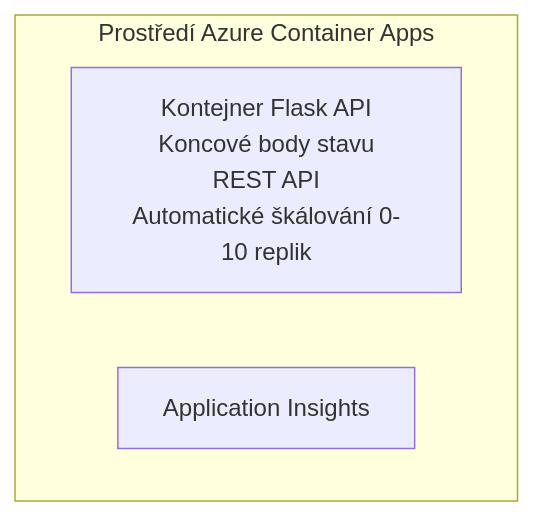
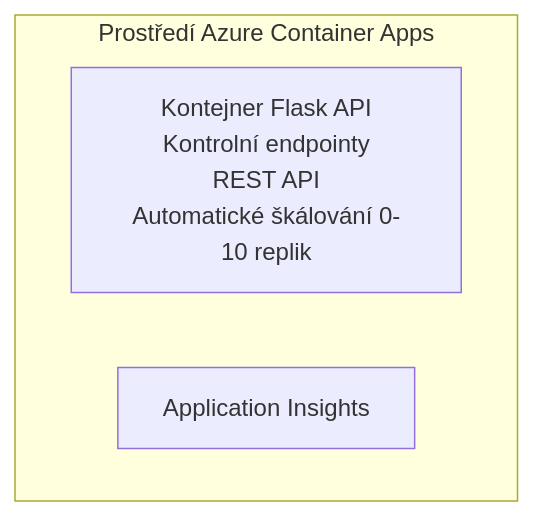
One commit to microsoft/AZD-for-beginners changed the diagram in translations/cs/examples/container-app/simple-flask-api/README.md. Above: the diagram before and after it, drawn with Mermaid. The commit also changed other lines of this file and 104 other files, not shown here.

````diff
--- a/translations/cs/examples/container-app/simple-flask-api/README.md
+++ b/translations/cs/examples/container-app/simple-flask-api/README.md
@@ -26,7 +26,7 @@
 ```mermaid
 graph TD
     subgraph ACA[Prostředí Azure Container Apps]
-        Flask[Kontejner Flask API<br/>Koncové body stavu<br/>REST API<br/>Automatické škálování 0-10 replik]
+        Flask[Kontejner Flask API<br/>Kontrolní endpointy<br/>REST API<br/>Automatické škálování 0-10 replik]
         AppInsights[Application Insights]
     end
 ```
````
